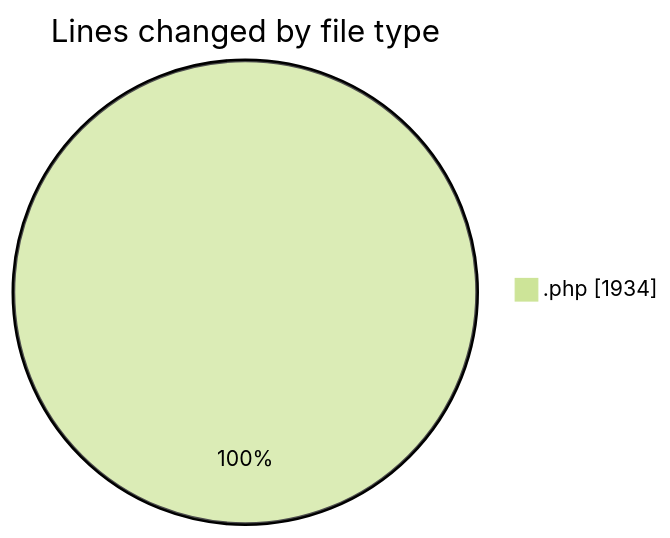
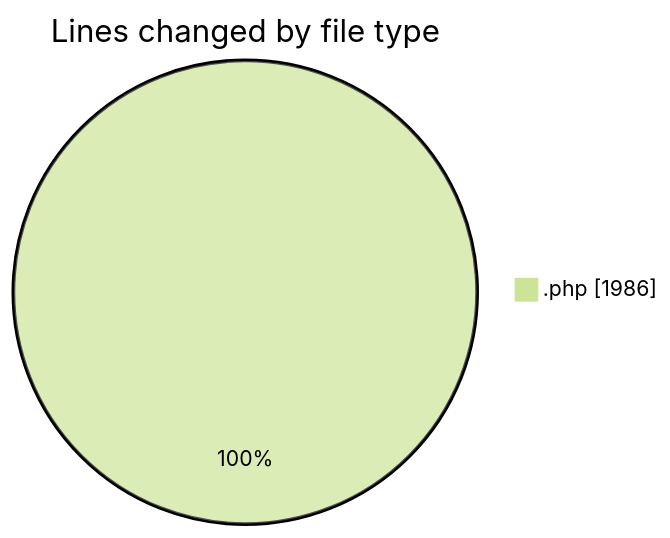
Before and after one commit to debugP/code-tracking: the first of 2 diagrams in 2025-10-02/untitled__workspace_/README.md, drawn with Mermaid (forest theme). The commit also changed other lines of this file and 1 other file, not shown here.

````diff
--- a/2025-10-02/untitled__workspace_/README.md
+++ b/2025-10-02/untitled__workspace_/README.md
@@ -21,5 +21,5 @@
 ```mermaid
 pie showData
 title Lines changed by file type
-".php" : 1934
+".php" : 1986
 ```
````
